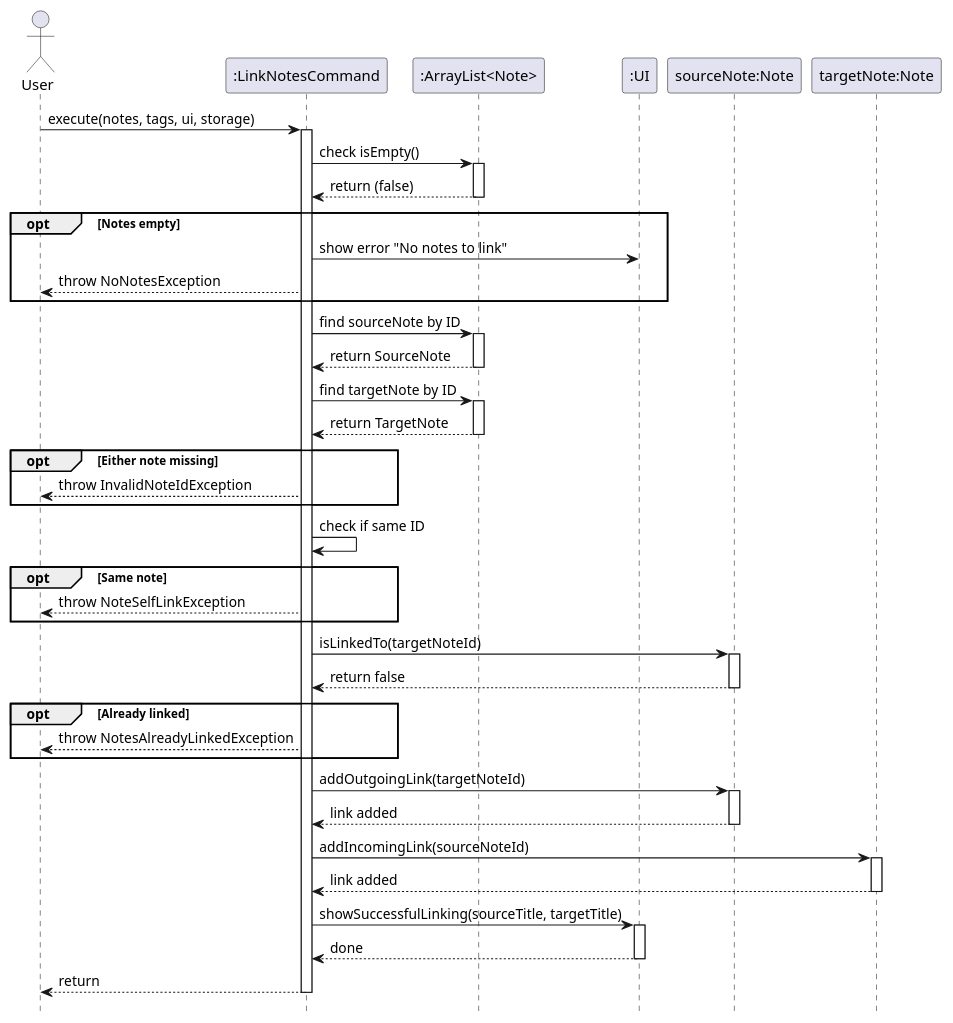
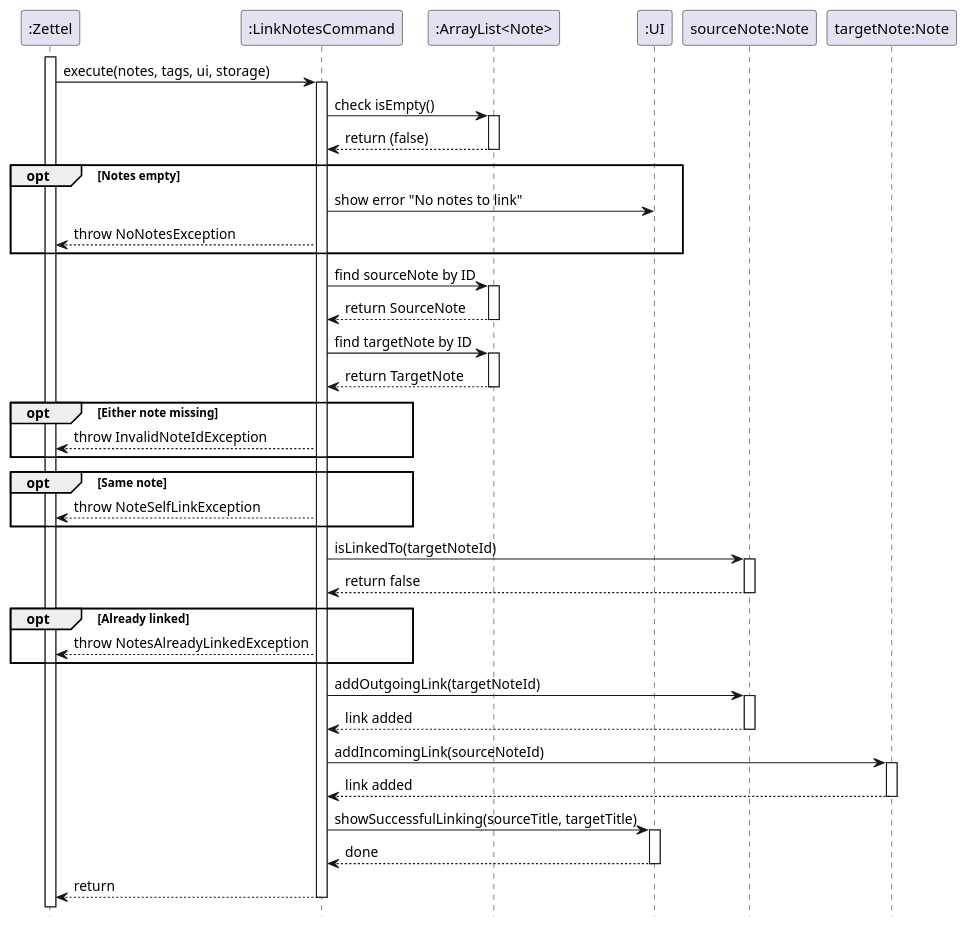
The diagram in docs/diagrams/LinkCreationSequence.puml (shauntsr/tp), drawn with PlantUML before and after one commit. The commit also changed 11 other files, not shown here.

Commit message:
Update diagrams according to review

```diff
--- a/docs/diagrams/LinkCreationSequence.puml
+++ b/docs/diagrams/LinkCreationSequence.puml
@@ -1,69 +1,68 @@
 @startuml LinkCreationSequence
-actor User
+participant ":Zettel" as Zettel
 participant ":LinkNotesCommand" as Command
 participant ":ArrayList<Note>" as Notes
 participant ":UI" as UI
 participant "sourceNote:Note" as SourceNote
 participant "targetNote:Note" as TargetNote
 
 hide footbox
-
-User -> Command: execute(notes, tags, ui, storage)
+activate Zettel
+Zettel -> Command: execute(notes, tags, ui, storage)
 activate Command
 
 Command -> Notes: check isEmpty()
 activate Notes
 Notes --> Command: return (false)
 deactivate Notes
 
 opt Notes empty
     Command -> UI: show error "No notes to link"
-    Command --> User: throw NoNotesException
+    Command --> Zettel: throw NoNotesException
 end
 
 Command -> Notes: find sourceNote by ID
 activate Notes
 Notes --> Command: return SourceNote
 deactivate Notes
 
 Command -> Notes: find targetNote by ID
 activate Notes
 Notes --> Command: return TargetNote
 deactivate Notes
 
 opt Either note missing
-    Command --> User: throw InvalidNoteIdException
+    Command --> Zettel: throw InvalidNoteIdException
 end
 
-Command -> Command: check if same ID
 opt Same note
-    Command --> User: throw NoteSelfLinkException
+    Command --> Zettel: throw NoteSelfLinkException
 end
 
 Command -> SourceNote: isLinkedTo(targetNoteId)
 activate SourceNote
 SourceNote --> Command: return false
 deactivate SourceNote
 
 opt Already linked
-    Command --> User: throw NotesAlreadyLinkedException
+    Command --> Zettel: throw NotesAlreadyLinkedException
 end
 
 Command -> SourceNote: addOutgoingLink(targetNoteId)
 activate SourceNote
 SourceNote --> Command: link added
 deactivate SourceNote
 
 Command -> TargetNote: addIncomingLink(sourceNoteId)
 activate TargetNote
 TargetNote --> Command: link added
 deactivate TargetNote
 
 Command -> UI: showSuccessfulLinking(sourceTitle, targetTitle)
 activate UI
 UI --> Command: done
 deactivate UI
 
-Command --> User: return
+Command --> Zettel: return
 deactivate Command
 @enduml
```
